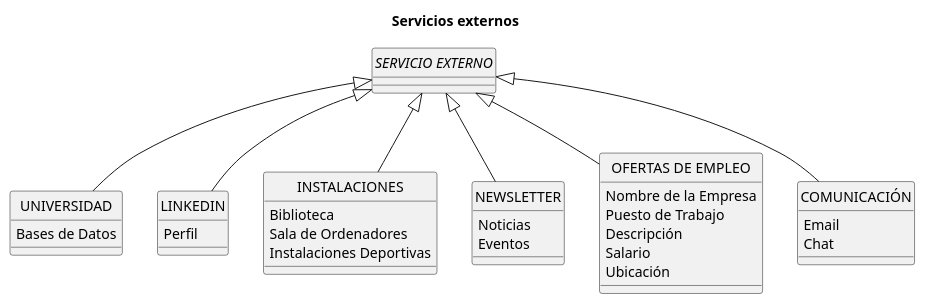
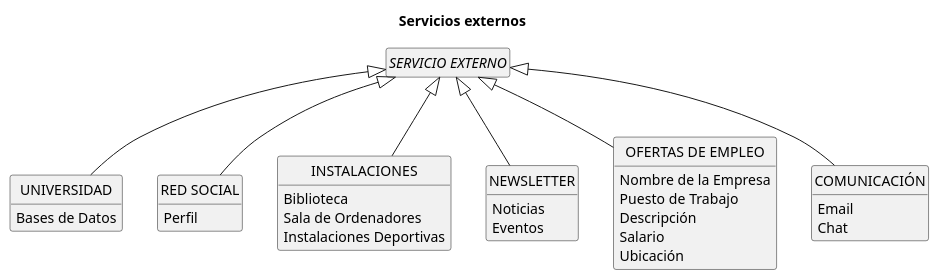
The diagram in Modelo_de_Dominio/Diagramas_de_Clases/Diagrama_de_Servicios_Externos/Diagrama_de_Servicios_Externos.puml (mmasias/23-24-IdSw1-SDR), drawn with PlantUML before and after one commit. The commit also changed 1 other file, not shown here.

Commit message:
Update diagram: hide empty members and rename class "LINKEDIN" to "RED SOCIAL"

```diff
--- a/Modelo_de_Dominio/Diagramas_de_Clases/Diagrama_de_Servicios_Externos/Diagrama_de_Servicios_Externos.puml
+++ b/Modelo_de_Dominio/Diagramas_de_Clases/Diagrama_de_Servicios_Externos/Diagrama_de_Servicios_Externos.puml
@@ -1,59 +1,60 @@
 @startuml AlumniExternalServices
 
 title Servicios externos
 
 '!theme amiga
 skinparam backgroundColor white
 skinparam defaultFontName Arial
 hide circle
+hide empty members
 
 abstract "SERVICIO EXTERNO" 
 { 
 }
 
 class UNIVERSIDAD 
 {
     Bases de Datos
 }
 
-class LINKEDIN
+class "RED SOCIAL"
 {
     Perfil
 }
 
 class INSTALACIONES 
 {
     Biblioteca
     Sala de Ordenadores
     Instalaciones Deportivas
 }
 
 class NEWSLETTER 
 {
     Noticias
     Eventos
 }
 
 class "OFERTAS DE EMPLEO" 
 {
     Nombre de la Empresa
     Puesto de Trabajo
     Descripción
     Salario
     Ubicación
 }
 
 class COMUNICACIÓN 
 {
     Email
     Chat
 }
 
 "SERVICIO EXTERNO" <|-- UNIVERSIDAD
-"SERVICIO EXTERNO" <|-- LINKEDIN
+"SERVICIO EXTERNO" <|-- "RED SOCIAL"
 "SERVICIO EXTERNO" <|-- INSTALACIONES
 "SERVICIO EXTERNO" <|-- NEWSLETTER
 "SERVICIO EXTERNO" <|-- "OFERTAS DE EMPLEO"
 "SERVICIO EXTERNO" <|-- COMUNICACIÓN
 
 @enduml
```
